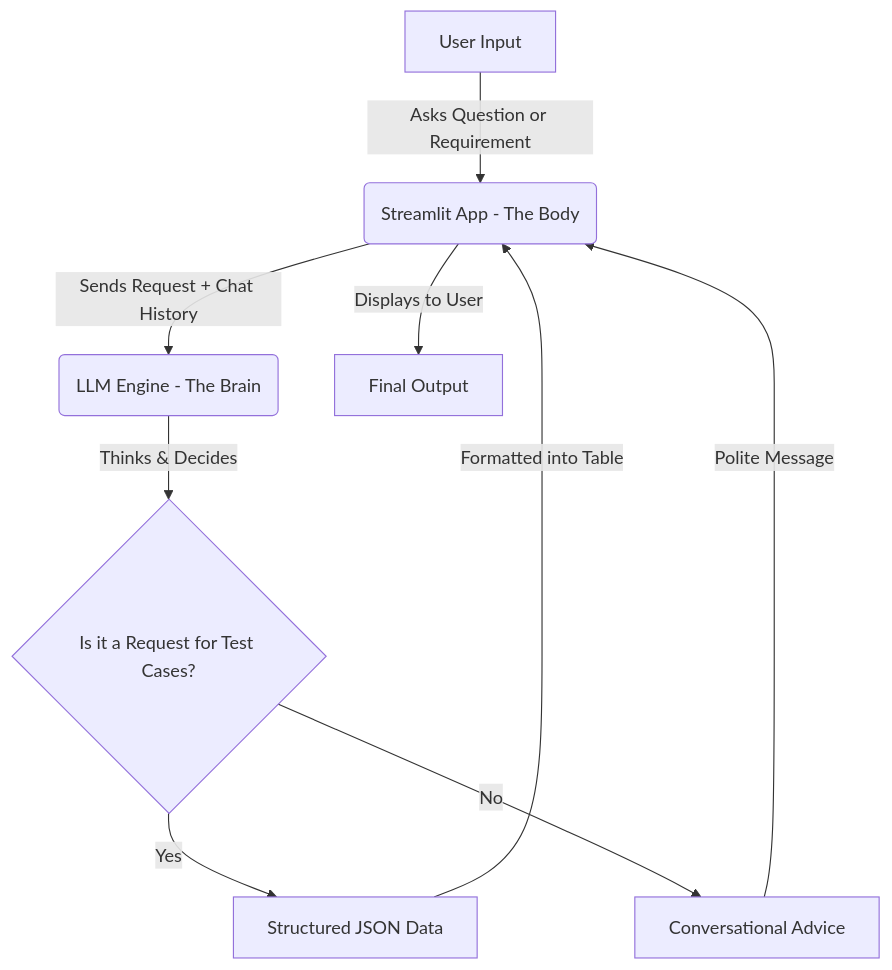
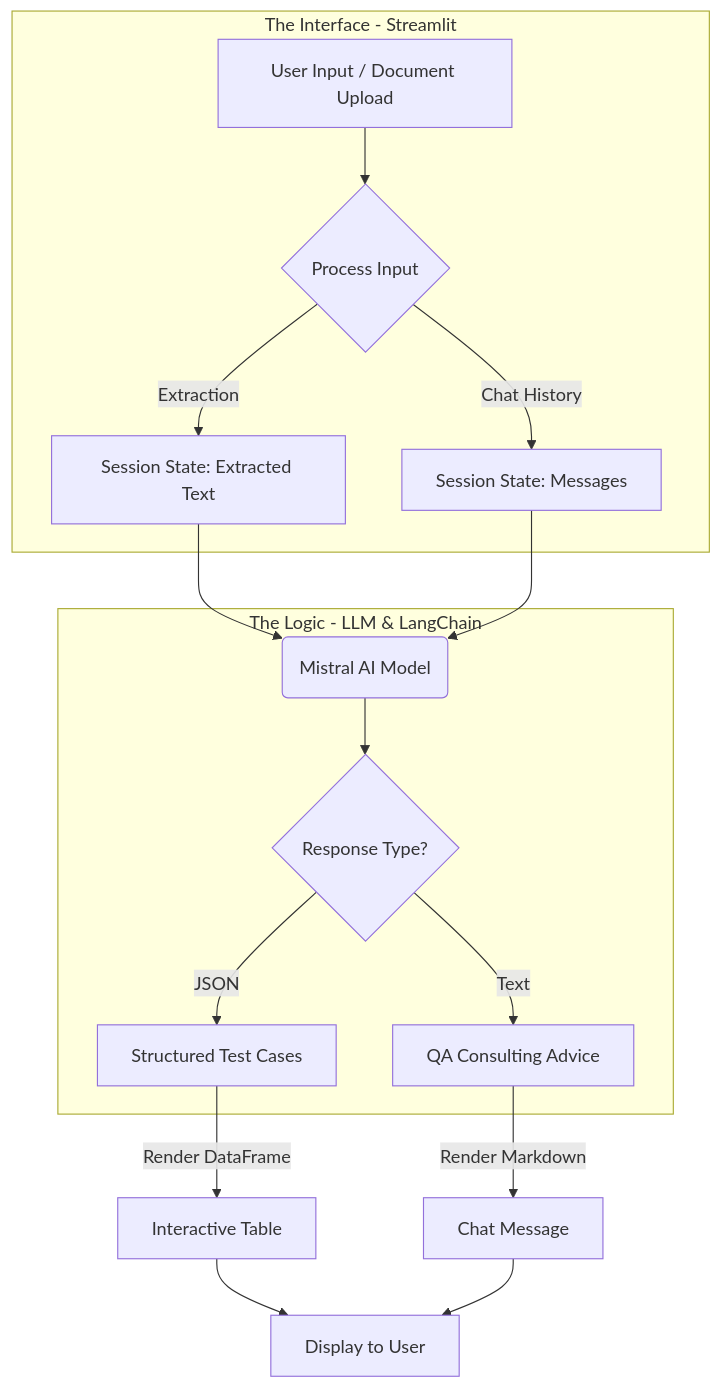
The first of 2 diagrams in README.md (MKumaranAutomation/AITestCaseGenerator), drawn with Mermaid before and after one commit. The commit also changed other lines of this file, not shown here.

Commit message:
Updated the model to generate test cases with documents

````diff
--- a/README.md
+++ b/README.md
@@ -17,11 +18,20 @@
 ```mermaid
 graph TD
-    A[User Input] -->|Asks Question or Requirement| B(Streamlit App - The Body)
-    B -->|Sends Request + Chat History| C(LLM Engine - The Brain)
-    C -->|Thinks & Decides| D{Is it a Request for Test Cases?}
-    D -->|Yes| E[Structured JSON Data]
-    D -->|No| F[Conversational Advice]
-    E -->|Formatted into Table| B
-    F -->|Polite Message| B
-    B -->|Displays to User| G[Final Output]
+    subgraph Body [The Interface - Streamlit]
+        A[User Input / Document Upload] --> B{Process Input}
+        B -->|Extraction| B1[Session State: Extracted Text]
+        B -->|Chat History| B2[Session State: Messages]
+    end
+
+    subgraph Brain [The Logic - LLM & LangChain]
+        B1 & B2 --> C(Mistral AI Model)
+        C --> D{Response Type?}
+        D -->|JSON| E[Structured Test Cases]
+        D -->|Text| F[QA Consulting Advice]
+    end
+
+    E -->|Render DataFrame| G[Interactive Table]
+    F -->|Render Markdown| H[Chat Message]
+    
+    G & H --> I[Display to User]
 ```
````
